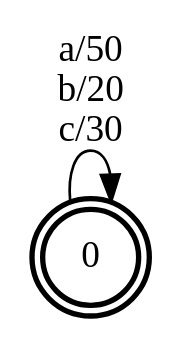
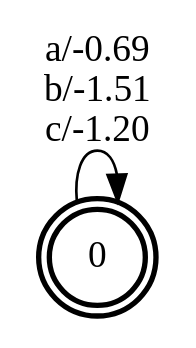
Before and after one commit to awni/automata_ml: the diagram in notebooks/figures/unigram.dot, drawn with Graphviz. The commit also changed 5 other files, not shown here.

```diff
--- a/notebooks/figures/unigram.dot
+++ b/notebooks/figures/unigram.dot
@@ -1,10 +1,10 @@
 digraph FST {
   margin = 0;
   rankdir = LR;
   label = "";
   center = 1;
   ranksep = "0.5";
   nodesep = "0.25";
   0 [label = "0", shape = doublecircle, penwidth = 2.0, fontsize = 14];
-  0 -> 0 [label = "a/50\nb/20\nc/30", fontsize = 14];
+  0 -> 0 [label = "a/-0.69\nb/-1.51\nc/-1.20", fontsize = 14];
 }
```
